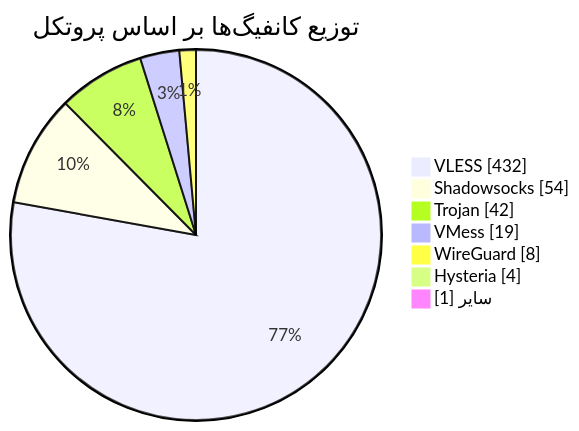
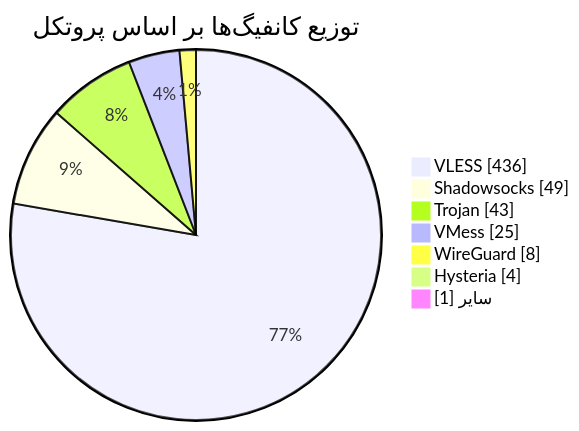
Before and after one commit to Arian-Alijani/Somthing: the diagram in README.md, drawn with Mermaid. The commit also changed other lines of this file and 15 other files, not shown here.

````diff
--- a/README.md
+++ b/README.md
@@ -49,11 +49,11 @@
 ```mermaid
 pie showData
     title توزیع کانفیگ‌ها بر اساس پروتکل
-    "VLESS" : 432
-    "Shadowsocks" : 54
-    "Trojan" : 42
-    "VMess" : 19
+    "VLESS" : 436
+    "Shadowsocks" : 49
+    "Trojan" : 43
+    "VMess" : 25
     "WireGuard" : 8
     "Hysteria" : 4
     "سایر" : 1
 ```
````
